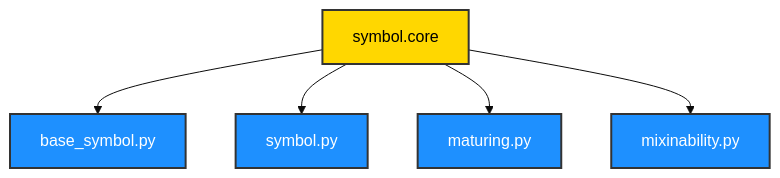
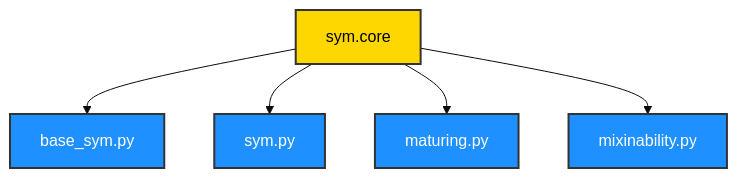
One commit to ikko/sym changed the first of 2 diagrams in docs/topics/3_layered_architecture/index.md. Above: the diagram before and after it, drawn with Mermaid (base theme). The commit also changed other lines of this file and 104 other files, not shown here.

````diff
--- a/docs/topics/3_layered_architecture/index.md
+++ b/docs/topics/3_layered_architecture/index.md
@@ -13,13 +13,13 @@
 ```mermaid
 graph TD
-    A[symbol.core] --> B[base_symbol.py];
-    A --> C[symbol.py];
+    A[sym.core] --> B[base_sym.py];
+    A --> C[sym.py];
     A --> D[maturing.py];
     A --> E[mixinability.py];
 
     style A fill:#FFD700,stroke:#333,stroke-width:2px,color:#000000;
     style B fill:#1E90FF,stroke:#333,stroke-width:2px,color:#FFFFFF;
     style C fill:#1E90FF,stroke:#333,stroke-width:2px,color:#FFFFFF;
     style D fill:#1E90FF,stroke:#333,stroke-width:2px,color:#FFFFFF;
     style E fill:#1E90FF,stroke:#333,stroke-width:2px,color:#FFFFFF;
 ```
````
